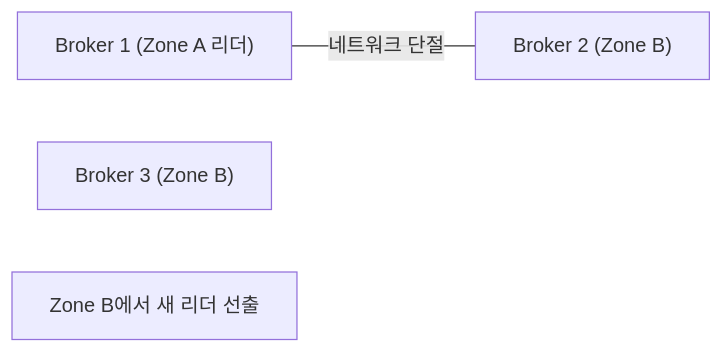
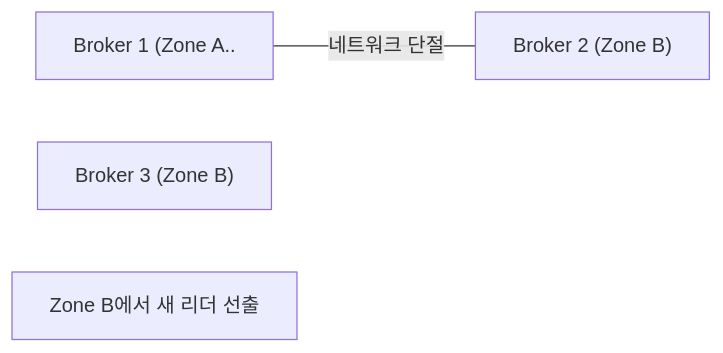
Diagram 16 of 21 in _posts/kafka/2026-05-01-kafka-extreme-scenarios.md (yjkim2015/yjkim2015.github.io), drawn with Mermaid before and after one commit. The commit also changed other lines of this file and 149 other files, not shown here.

First line of the commit message:
Mermaid 가독성 개선: 라벨 축약, 노드 축소, TD→LR 변환

````diff
--- a/_posts/kafka/2026-05-01-kafka-extreme-scenarios.md
+++ b/_posts/kafka/2026-05-01-kafka-extreme-scenarios.md
@@ -509,8 +504,8 @@
 ```mermaid
 graph LR
-    B1["Broker 1 (Zone A 리더)"]
+    B1["Broker 1 (Zone A.."]
     B2["Broker 2 (Zone B)"]
     B3["Broker 3 (Zone B)"]
     B1 ---|네트워크 단절| B2
     Note1["Zone B에서 새 리더 선출"]
 ```
````
